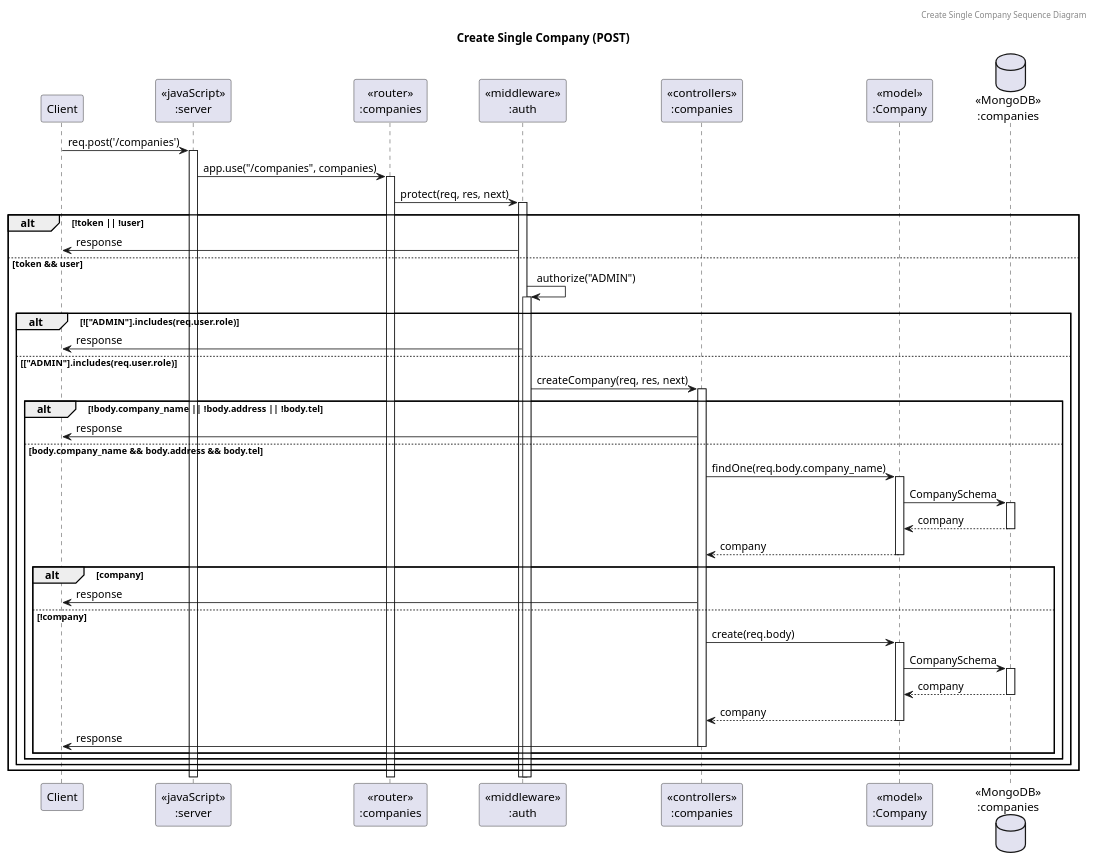
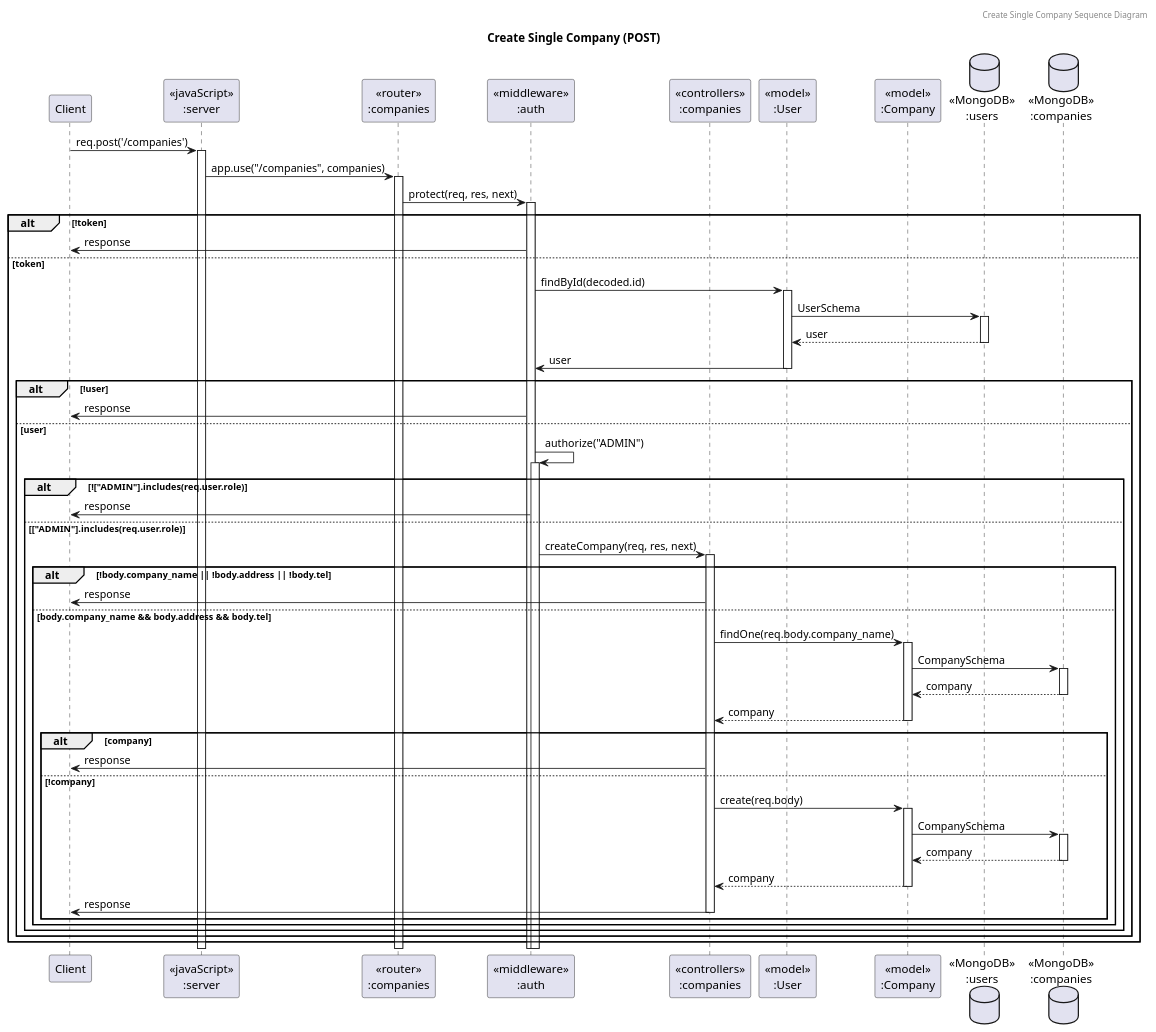
Before and after one commit to its144prelationship-study/swdevprac-project: the diagram in diagrams/sequence_diagram/company/create_single_company.puml, drawn with PlantUML. The commit also changed 30 other files, not shown here.

Commit message:
fix: fix middleware sequence diagram

```diff
--- a/diagrams/sequence_diagram/company/create_single_company.puml
+++ b/diagrams/sequence_diagram/company/create_single_company.puml
@@ -1,44 +1,54 @@
 @startuml Create Single Company (POST)
 
 header Create Single Company Sequence Diagram
 title "Create Single Company (POST)"
 
 participant "Client" as client
 participant "<<javaScript>>\n:server" as server
 participant "<<router>>\n:companies" as routerCompanies
 participant "<<middleware>>\n:auth" as authMiddleware
 participant "<<controllers>>\n:companies" as controllersCompanies
+participant "<<model>>\n:User" as modelUser
 participant "<<model>>\n:Company" as modelCompanies
+database "<<MongoDB>>\n:users" as UsersDatabase
 database "<<MongoDB>>\n:companies" as CompaniesDatabase
 
 client -> server ++:req.post('/companies')
 server -> routerCompanies ++:app.use("/companies", companies)
 routerCompanies -> authMiddleware ++:protect(req, res, next)
-alt !token || !user
+alt !token 
     authMiddleware -> client :response
-else token && user
-    authMiddleware -> authMiddleware ++:authorize("ADMIN")
-    alt !["ADMIN"].includes(req.user.role)
+else token
+    authMiddleware -> modelUser ++:findById(decoded.id)
+    modelUser -> UsersDatabase ++: UserSchema
+    UsersDatabase --> modelUser --: user
+    modelUser -> authMiddleware --: user
+    alt !user
         authMiddleware -> client :response
-    else ["ADMIN"].includes(req.user.role)
-        authMiddleware -> controllersCompanies ++:createCompany(req, res, next)
-        alt !body.company_name || !body.address || !body.tel
-            controllersCompanies -> client :response
-        else body.company_name && body.address && body.tel
-            controllersCompanies -> modelCompanies ++:findOne(req.body.company_name)
-            modelCompanies -> CompaniesDatabase ++: CompanySchema
-            CompaniesDatabase --> modelCompanies --: company
-            controllersCompanies <-- modelCompanies --: company
-            alt company
-                controllersCompanies -> client : response
-            else !company
-                controllersCompanies -> modelCompanies ++:create(req.body)
+    else user
+        authMiddleware -> authMiddleware ++:authorize("ADMIN")
+        alt !["ADMIN"].includes(req.user.role)
+            authMiddleware -> client :response
+        else ["ADMIN"].includes(req.user.role)
+            authMiddleware -> controllersCompanies ++:createCompany(req, res, next)
+            alt !body.company_name || !body.address || !body.tel
+                controllersCompanies -> client :response
+            else body.company_name && body.address && body.tel
+                controllersCompanies -> modelCompanies ++:findOne(req.body.company_name)
                 modelCompanies -> CompaniesDatabase ++: CompanySchema
                 CompaniesDatabase --> modelCompanies --: company
                 controllersCompanies <-- modelCompanies --: company
-                controllersCompanies -> client --: response
+                alt company
+                    controllersCompanies -> client : response
+                else !company
+                    controllersCompanies -> modelCompanies ++:create(req.body)
+                    modelCompanies -> CompaniesDatabase ++: CompanySchema
+                    CompaniesDatabase --> modelCompanies --: company
+                    controllersCompanies <-- modelCompanies --: company
+                    controllersCompanies -> client --: response
+                end
             end
         end
     end
 end
 @enduml
```
